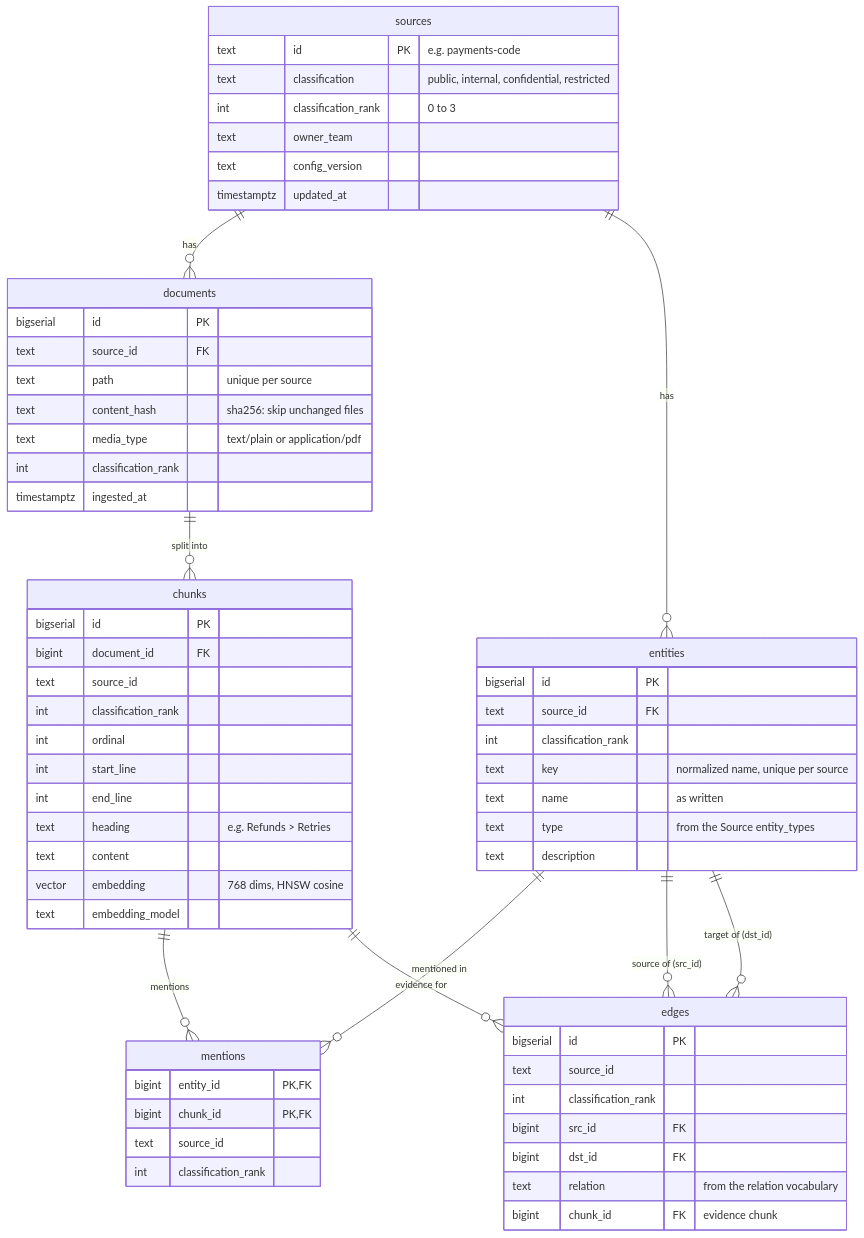
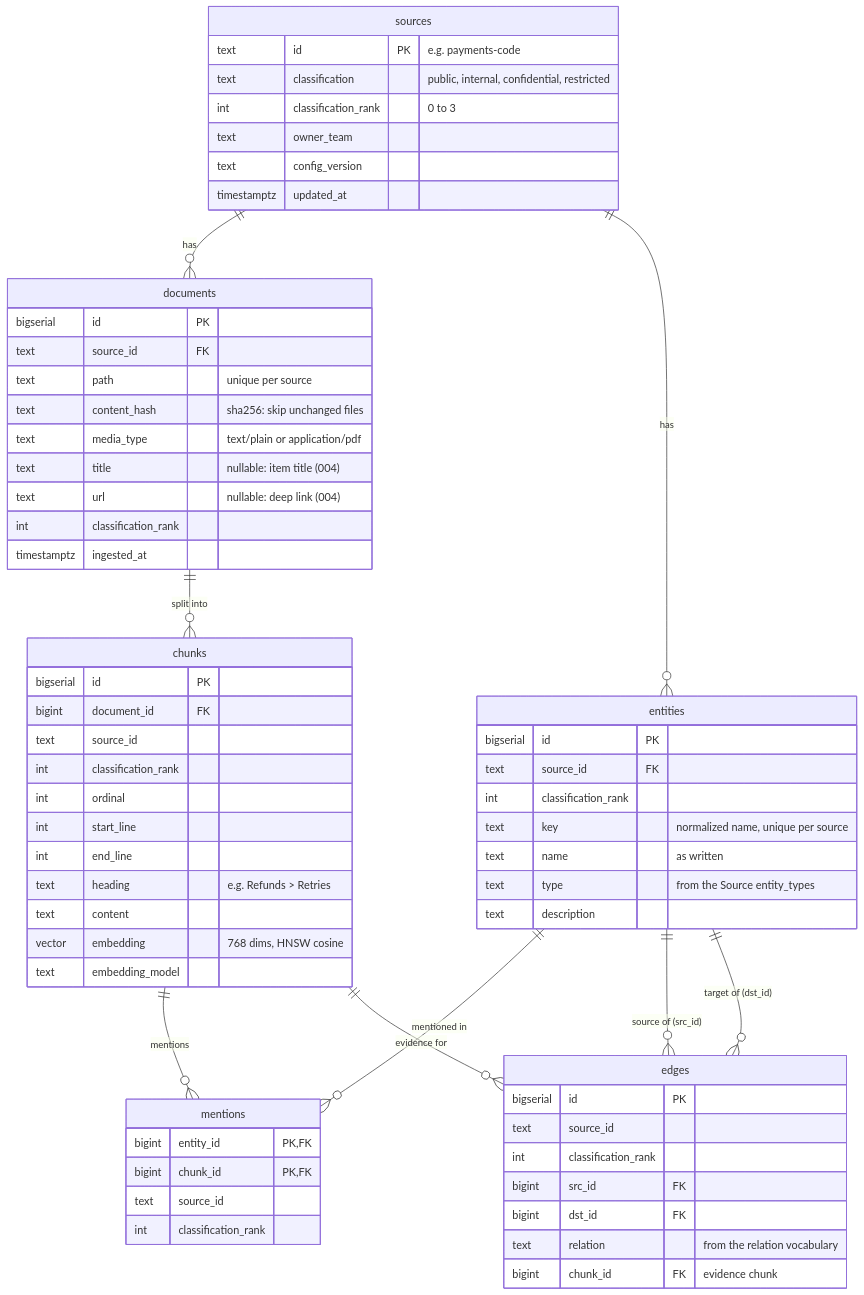
One commit to shaheenks/agentic-sdlc-core changed the diagram in docs/DATABASE_SCHEMA.md. Above: the diagram before and after it, drawn with Mermaid. The commit also changed other lines of this file and 48 other files, not shown here.

````diff
--- a/docs/DATABASE_SCHEMA.md
+++ b/docs/DATABASE_SCHEMA.md
@@ -37,66 +39,68 @@
 ```mermaid
 erDiagram
     sources ||--o{ documents : "has"
     documents ||--o{ chunks : "split into"
     sources ||--o{ entities : "has"
     entities ||--o{ mentions : "mentioned in"
     chunks ||--o{ mentions : "mentions"
     entities ||--o{ edges : "source of (src_id)"
     entities ||--o{ edges : "target of (dst_id)"
     chunks ||--o{ edges : "evidence for"
 
     sources {
         text id PK "e.g. payments-code"
         text classification "public, internal, confidential, restricted"
         int classification_rank "0 to 3"
         text owner_team
         text config_version
         timestamptz updated_at
     }
     documents {
         bigserial id PK
         text source_id FK
         text path "unique per source"
         text content_hash "sha256: skip unchanged files"
         text media_type "text/plain or application/pdf"
+        text title "nullable: item title (004)"
+        text url "nullable: deep link (004)"
         int classification_rank
         timestamptz ingested_at
     }
     chunks {
         bigserial id PK
         bigint document_id FK
         text source_id
         int classification_rank
         int ordinal
         int start_line
         int end_line
         text heading "e.g. Refunds > Retries"
         text content
         vector embedding "768 dims, HNSW cosine"
         text embedding_model
     }
     entities {
         bigserial id PK
         text source_id FK
         int classification_rank
         text key "normalized name, unique per source"
         text name "as written"
         text type "from the Source entity_types"
         text description
     }
     mentions {
         bigint entity_id PK, FK
         bigint chunk_id PK, FK
         text source_id
         int classification_rank
     }
     edges {
         bigserial id PK
         text source_id
         int classification_rank
         bigint src_id FK
         bigint dst_id FK
         text relation "from the relation vocabulary"
         bigint chunk_id FK "evidence chunk"
     }
 ```
````
